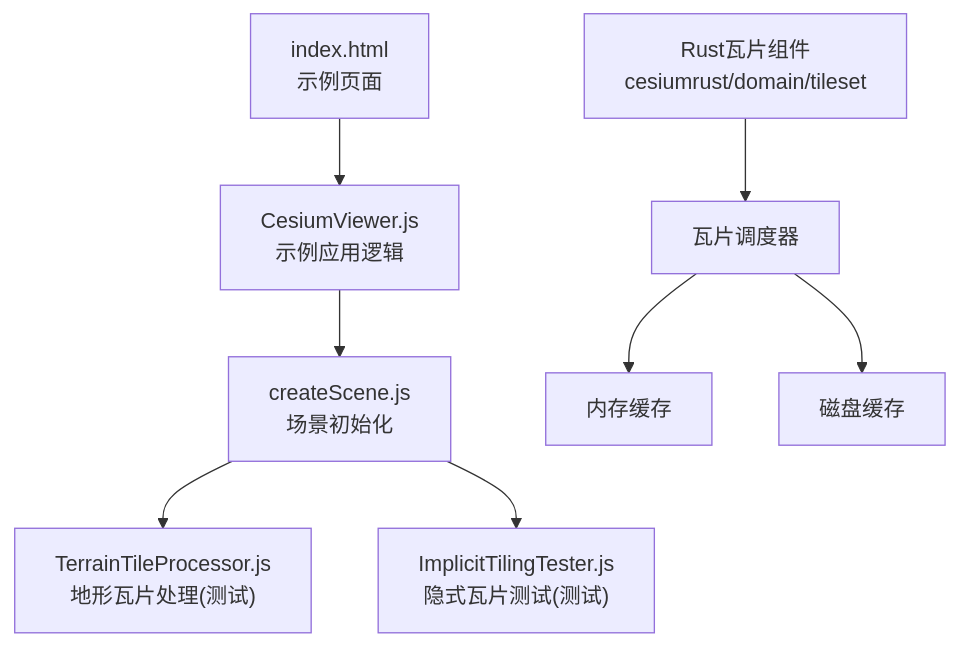
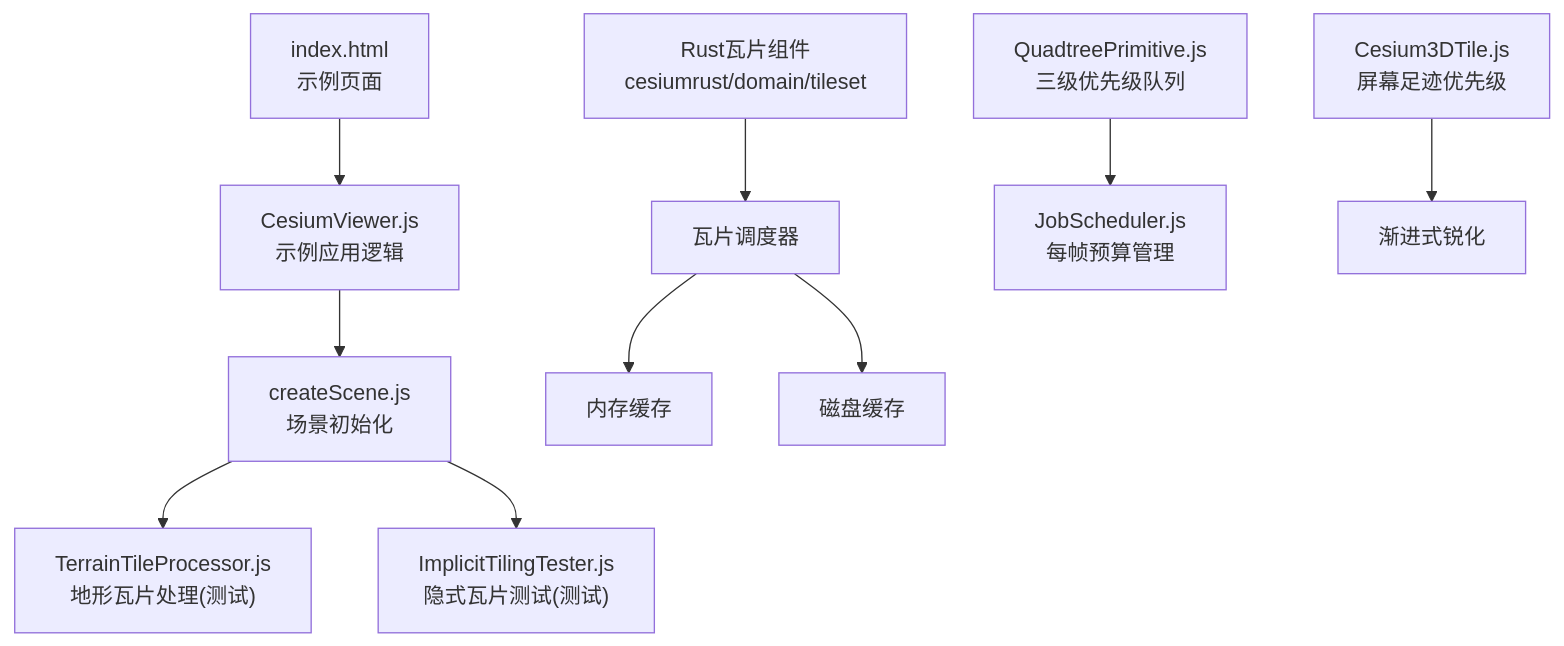
One commit to rzhangjing/cesium changed the first of 9 diagrams in .qoder/repowiki/zh/content/性能优化/数据加载优化/瓦片加载策略.md. Above: the diagram before and after it, drawn with Mermaid. The commit also changed other lines of this file and 24 other files, not shown here.

````diff
--- a/.qoder/repowiki/zh/content/性能优化/数据加载优化/瓦片加载策略.md
+++ b/.qoder/repowiki/zh/content/性能优化/数据加载优化/瓦片加载策略.md
@@ -44,10 +49,12 @@
 ```mermaid
 graph TB
 A["index.html<br/>示例页面"] --> B["CesiumViewer.js<br/>示例应用逻辑"]
 B --> C["createScene.js<br/>场景初始化"]
 C --> D["TerrainTileProcessor.js<br/>地形瓦片处理(测试)"]
 C --> E["ImplicitTilingTester.js<br/>隐式瓦片测试(测试)"]
 F["Rust瓦片组件<br/>cesiumrust/domain/tileset"] --> G["瓦片调度器"]
 G --> H["内存缓存"]
 G --> I["磁盘缓存"]
+J["QuadtreePrimitive.js<br/>三级优先级队列"] --> K["JobScheduler.js<br/>每帧预算管理"]
+L["Cesium3DTile.js<br/>屏幕足迹优先级"] --> M["渐进式锐化"]
 ```
````
